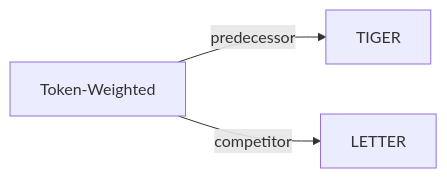
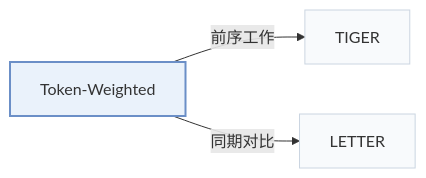
Before and after one commit to Galaxy-ghost/Awesome-SID-Generative-Rec: the second of 2 diagrams in pages/zh/papers/token-weighted.md, drawn with Mermaid. The commit also changed other lines of this file and 649 other files, not shown here.

Commit message:
writer-05: also tags and modality index (schema, check, build, visuals); summary field removed; calibration data for 12 papers

````diff
--- a/pages/zh/papers/token-weighted.md
+++ b/pages/zh/papers/token-weighted.md
@@ -68,6 +74,10 @@
 ```mermaid
 flowchart LR
     P["Token-Weighted"]
-    P -->|predecessor| A["TIGER"]
-    P -->|competitor| B["LETTER"]
+    P -->|"前序工作"| A["TIGER"]
+    P -->|"同期对比"| B["LETTER"]
+    classDef main fill:#eaf2fb,stroke:#6b8fc7,stroke-width:2px
+    classDef peer fill:#f8fafc,stroke:#cbd5e1
+    class P main
+    class A,B peer
 ```
````
